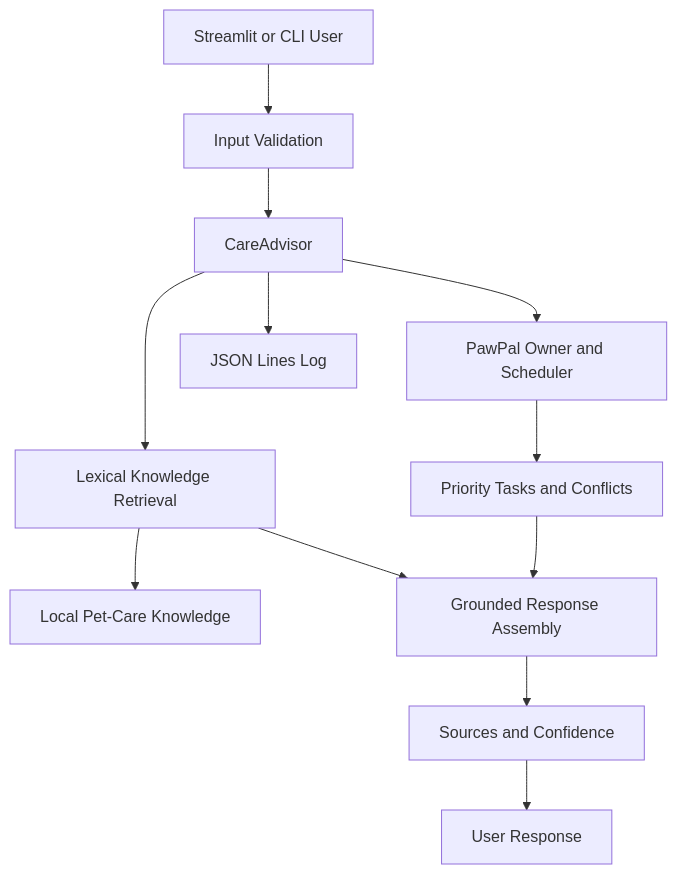
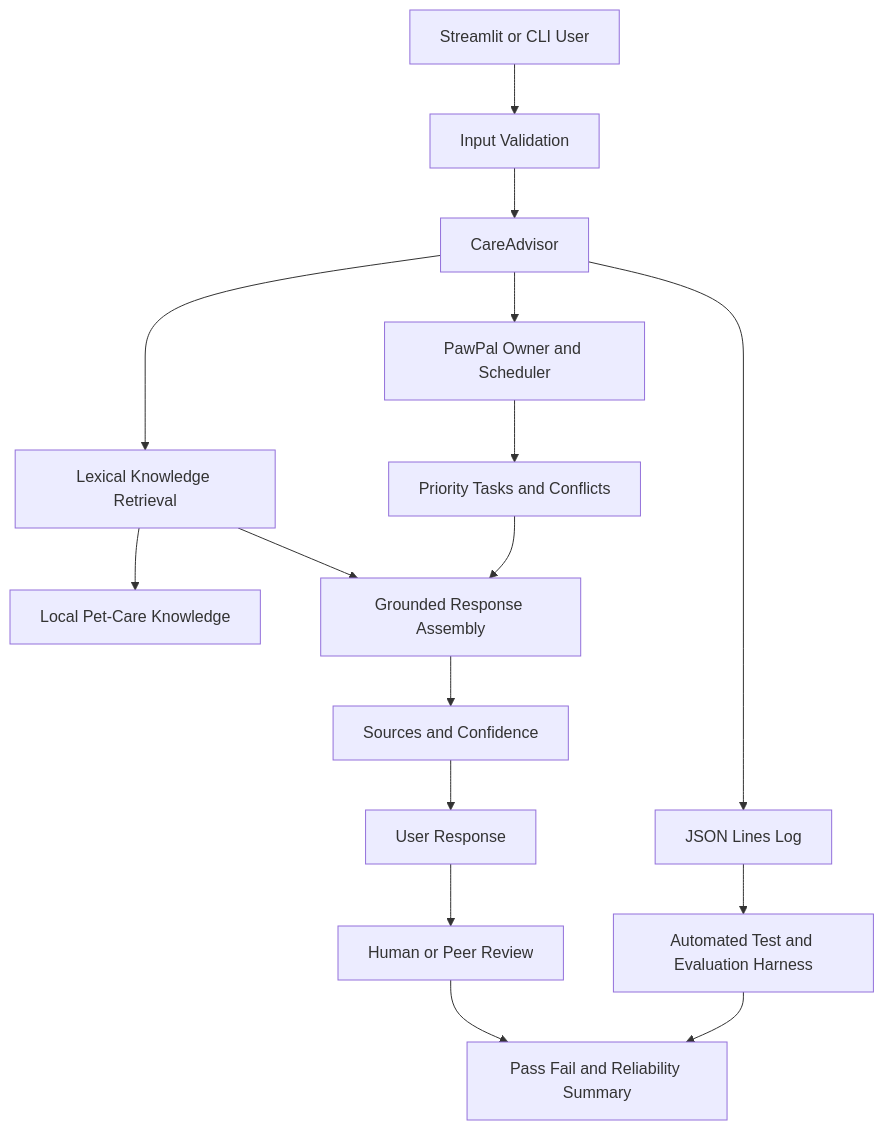
The diagram in README.md (Gbemiga04/applied-ai-system-project), drawn with Mermaid before and after one commit. The commit also changed other lines of this file and 5 other files, not shown here.

Commit message:
Complete README, model card, architecture, and evaluation requirements

````diff
--- a/README.md
+++ b/README.md
@@ -29,14 +38,18 @@
 ```mermaid
 flowchart TD
     A[Streamlit or CLI User] --> B[Input Validation]
     B --> C[CareAdvisor]
     C --> D[Lexical Knowledge Retrieval]
     D --> E[Local Pet-Care Knowledge]
     C --> F[PawPal Owner and Scheduler]
     F --> G[Priority Tasks and Conflicts]
     D --> H[Grounded Response Assembly]
     G --> H
     H --> I[Sources and Confidence]
     I --> J[User Response]
     C --> K[JSON Lines Log]
+    J --> L[Human or Peer Review]
+    K --> M[Automated Test and Evaluation Harness]
+    L --> N[Pass Fail and Reliability Summary]
+    M --> N
 ```
````
